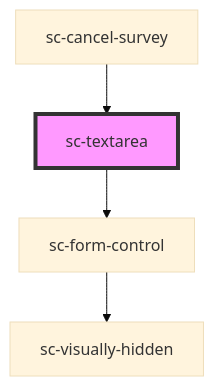
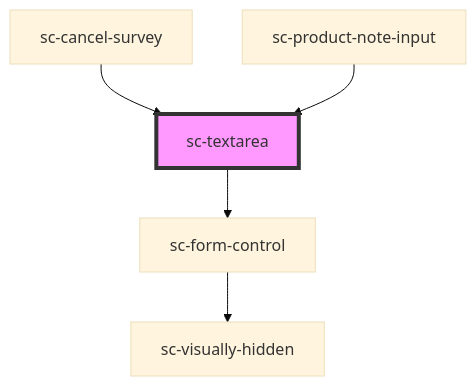
Before and after one commit to surecart/surecart-wp-plugin: the diagram in packages/components/src/components/ui/sc-textarea/readme.md, drawn with Mermaid (base theme). The commit also changed other lines of this file and 18 other files, not shown here.

First line of the commit message:
feat: Add product line item note input functionality

````diff
--- a/packages/components/src/components/ui/sc-textarea/readme.md
+++ b/packages/components/src/components/ui/sc-textarea/readme.md
@@ -100,7 +101,8 @@
 ```mermaid
 graph TD;
   sc-textarea --> sc-form-control
   sc-form-control --> sc-visually-hidden
   sc-cancel-survey --> sc-textarea
+  sc-product-note-input --> sc-textarea
   style sc-textarea fill:#f9f,stroke:#333,stroke-width:4px
 ```
````
